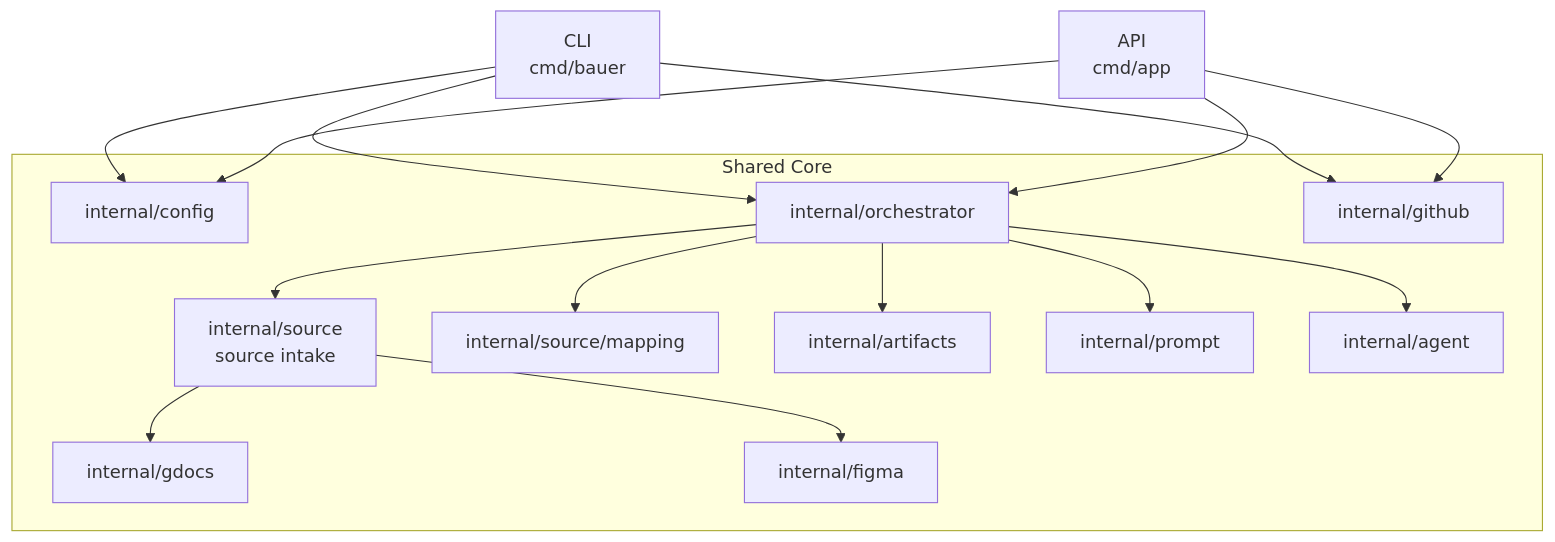
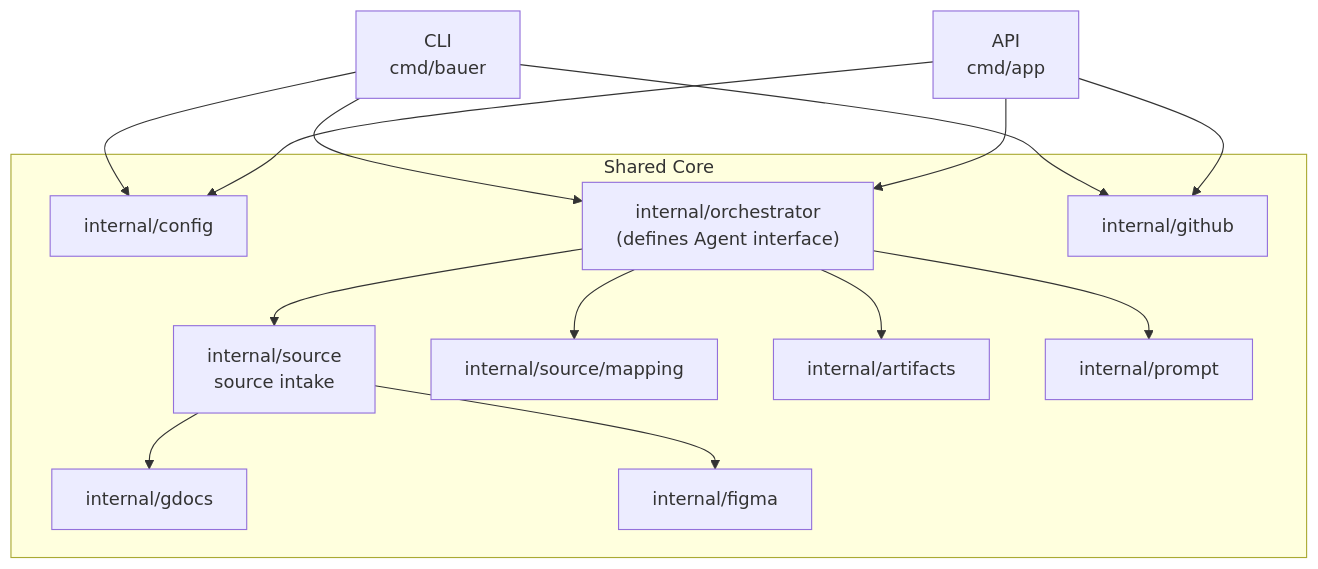
One commit to canonical/Bauer changed the first of 4 diagrams in docs/ARCHITECTURE_v2_1.md. Above: the diagram before and after it, drawn with Mermaid. The commit also changed other lines of this file and 11 other files, not shown here.

````diff
--- a/docs/ARCHITECTURE_v2_1.md
+++ b/docs/ARCHITECTURE_v2_1.md
@@ -217,34 +217,32 @@
 ```mermaid
 graph TD
     CLI["CLI\ncmd/bauer"]
     API["API\ncmd/app"]
 
     subgraph Shared Core
         Config["internal/config"]
-        Orchestrator["internal/orchestrator"]
+      Orchestrator["internal/orchestrator\n(defines Agent interface)"]
         Intake["internal/source\nsource intake"]
         GDocs["internal/gdocs"]
         Figma["internal/figma"]
         Mapping["internal/source/mapping"]
         Artifacts["internal/artifacts"]
         Prompt["internal/prompt"]
-        Agent["internal/agent"]
         GitHub["internal/github"]
     end
 
     CLI --> Config
     API --> Config
     CLI --> Orchestrator
     API --> Orchestrator
 
     Orchestrator --> Intake
     Intake --> GDocs
     Intake --> Figma
 
     Orchestrator --> Mapping
     Orchestrator --> Artifacts
     Orchestrator --> Prompt
-    Orchestrator --> Agent
     CLI --> GitHub
     API --> GitHub
 ```
````
